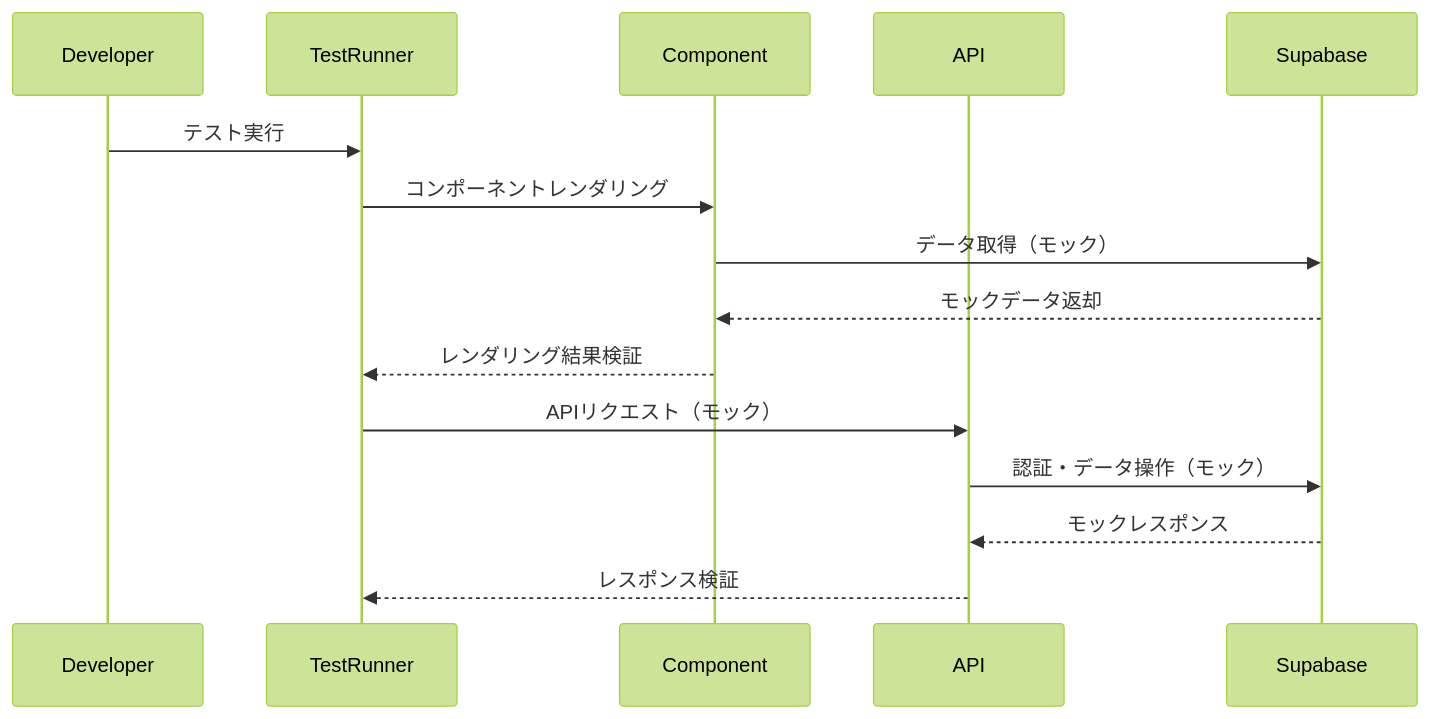
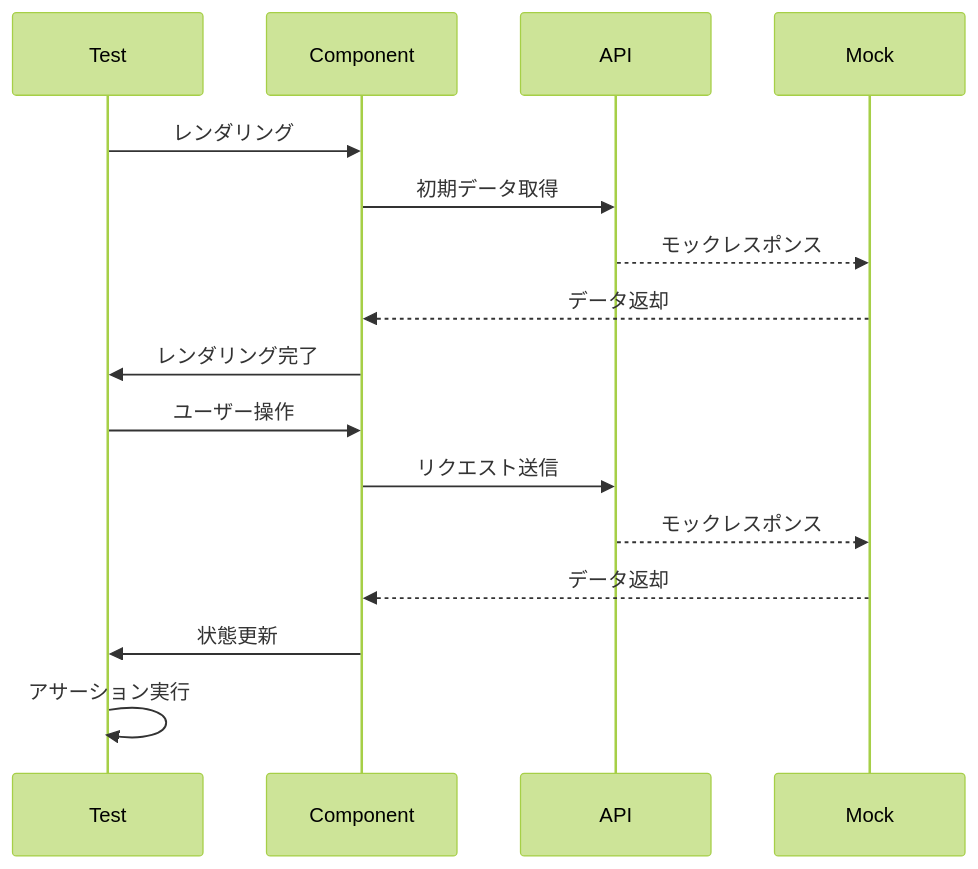
One commit to eddie-splatoon/salmon-run-scenario-hub changed the diagram in docs/pr-descriptions/PR_DESCRIPTION_TEST_COVERAGE.md. Above: the diagram before and after it, drawn with Mermaid (forest theme). The commit also changed other lines of this file, not shown here.

````diff
--- a/docs/pr-descriptions/PR_DESCRIPTION_TEST_COVERAGE.md
+++ b/docs/pr-descriptions/PR_DESCRIPTION_TEST_COVERAGE.md
@@ -27,19 +64,21 @@
 ```mermaid
 sequenceDiagram
-    participant Developer
-    participant TestRunner
+    participant Test
     participant Component
     participant API
-    participant Supabase
+    participant Mock
     
-    Developer->>TestRunner: テスト実行
-    TestRunner->>Component: コンポーネントレンダリング
-    Component->>Supabase: データ取得（モック）
-    Supabase-->>Component: モックデータ返却
-    Component-->>TestRunner: レンダリング結果検証
+    Test->>Component: レンダリング
+    Component->>API: 初期データ取得
+    API-->>Mock: モックレスポンス
+    Mock-->>Component: データ返却
+    Component->>Test: レンダリング完了
     
-    TestRunner->>API: APIリクエスト（モック）
-    API->>Supabase: 認証・データ操作（モック）
-    Supabase-->>API: モックレスポンス
-    API-->>TestRunner: レスポンス検証
+    Test->>Component: ユーザー操作
+    Component->>API: リクエスト送信
+    API-->>Mock: モックレスポンス
+    Mock-->>Component: データ返却
+    Component->>Test: 状態更新
+    
+    Test->>Test: アサーション実行
 ```
````
